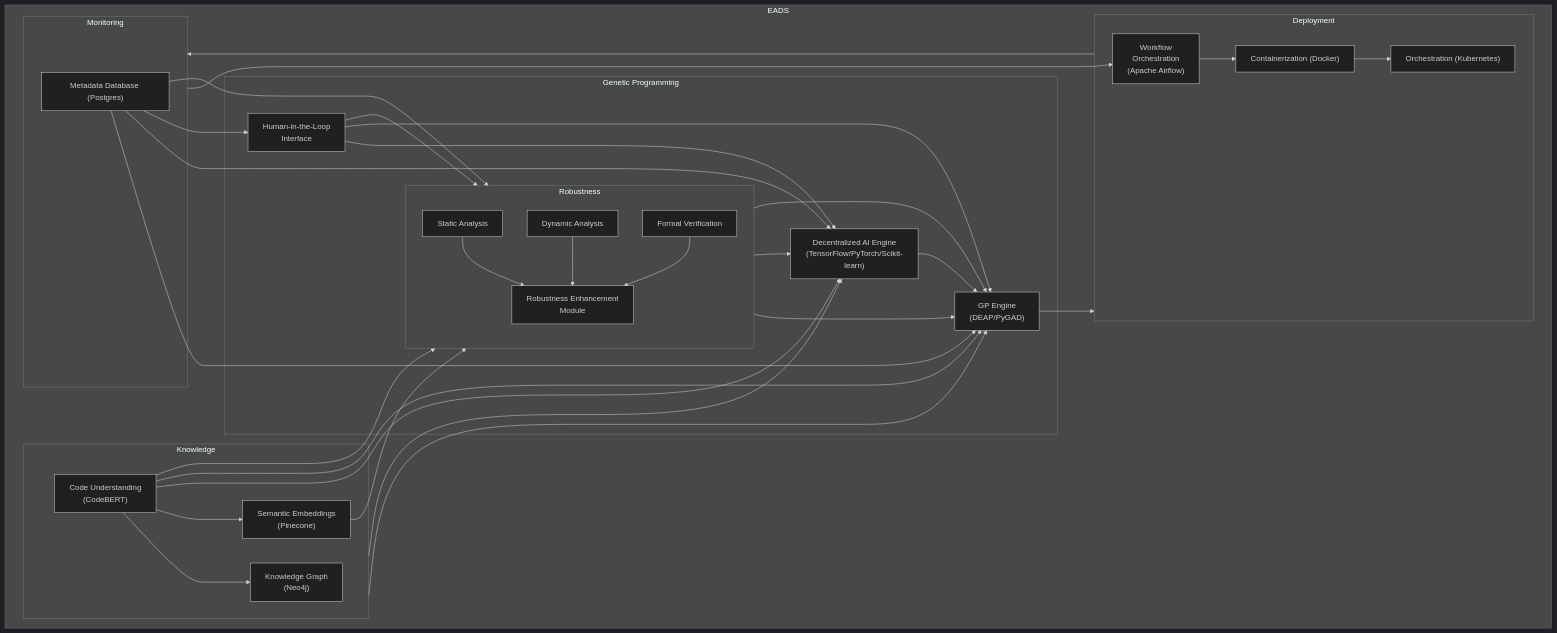
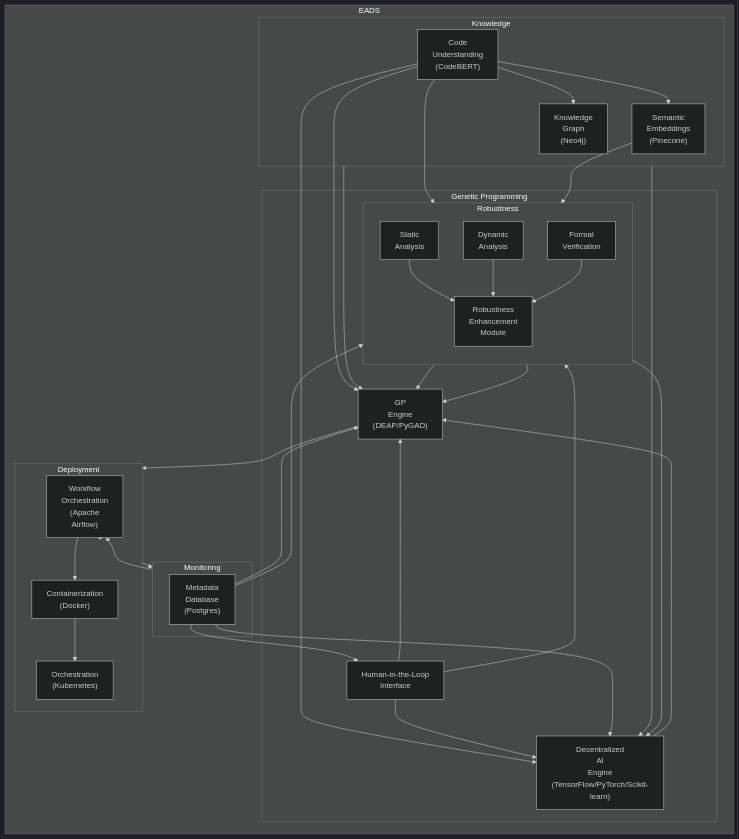
Before and after one commit to nshkrdotcom/EADS: the third of 3 diagrams in README.md, drawn with Mermaid (dark theme).

````diff
--- a/README.md
+++ b/README.md
@@ -238,50 +238,48 @@
 ```mermaid
-graph LR
+graph TD
     subgraph EADS
-        direction LR
         subgraph Knowledge
-            Neo4j["Knowledge Graph<br>(Neo4j)"]
-            Pinecone["Semantic Embeddings<br>(Pinecone)"]
-            CodeBERT["Code Understanding<br>(CodeBERT)"] --> Neo4j & Pinecone
+            Neo4j["Knowledge<br>Graph<br>(Neo4j)"]
+            Pinecone["Semantic<br>Embeddings<br>(Pinecone)"]
+            CodeBERT["Code<br>Understanding<br>(CodeBERT)"] --> Neo4j & Pinecone
         end
 
-        subgraph "Genetic Programming"
-            DEAP["GP Engine<br>(DEAP/PyGAD)"]
-            AI["Decentralized AI Engine<br>(TensorFlow/PyTorch/Scikit-learn)"] --> DEAP
+        subgraph "Genetic&nbsp;Programming"
+            DEAP["GP<br>Engine<br>(DEAP/PyGAD)"]
+            AI["Decentralized<br>AI<br>Engine<br>(TensorFlow/PyTorch/Scikit-learn)"] --> DEAP
             CodeBERT --> AI & DEAP
             HCI["Human-in-the-Loop<br>Interface"] --> AI & DEAP & Robustness
         end
 
         subgraph Robustness
             direction TB
-            SA["Static Analysis"] --> REM
-            DA["Dynamic Analysis"] --> REM
-            FV["Formal Verification"] --> REM
+            SA["Static<br>Analysis"] --> REM
+            DA["Dynamic<br>Analysis"] --> REM
+            FV["Formal<br>Verification"] --> REM
             CodeBERT --> REM
             Pinecone --> REM
-            REM["Robustness Enhancement<br>Module"] --> DEAP & AI
+            REM["Robustness<br>Enhancement<br>Module"] --> DEAP & AI
 
         end
 
 
         subgraph Deployment
-            Airflow["Workflow<br>Orchestration<br>(Apache Airflow)"] --> Docker["Containerization (Docker)"]
-            Docker --> Kubernetes["Orchestration (Kubernetes)"]
+            Airflow["Workflow<br>Orchestration<br>(Apache<br>Airflow)"] --> Docker["Containerization<br>(Docker)"]
+            Docker --> Kubernetes["Orchestration<br>(Kubernetes)"]
         end
 
         subgraph Monitoring
-           MD["Metadata Database (Postgres)"]
+           MD["Metadata<br>Database<br>(Postgres)"]
            MD --> DEAP & AI & REM & HCI
         end
 
          DEAP --> Deployment
         
 
 
     end
     Knowledge --> DEAP & AI
     Robustness --> DEAP
     Monitoring --> Airflow
     Deployment --> Monitoring &  EADS["EADS Output"]
-
 ```
````
